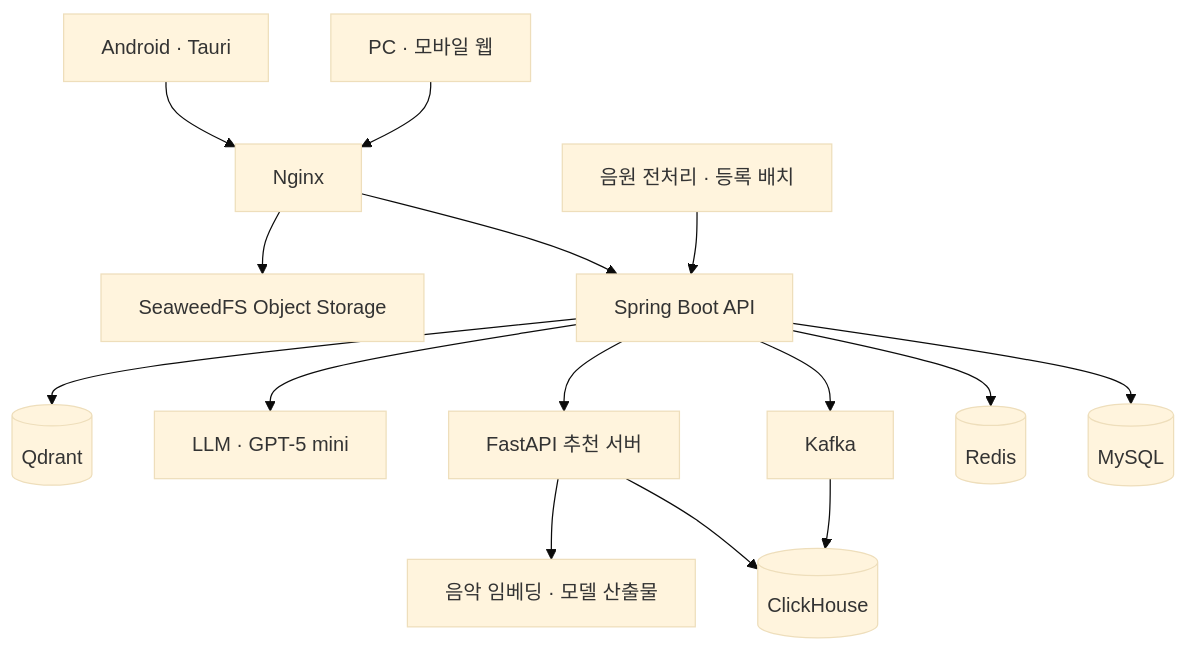
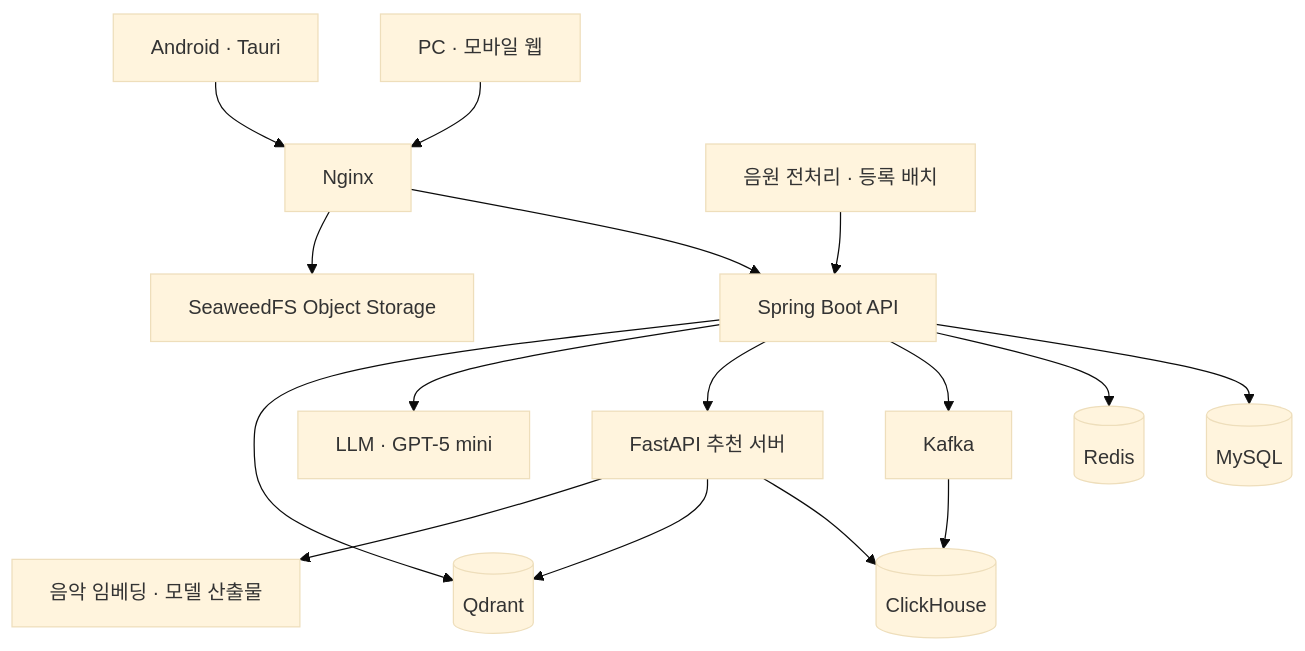
One commit to osundosun/mupid changed the second of 3 diagrams in README.md. Above: the diagram before and after it, drawn with Mermaid (base theme). The commit also changed other lines of this file and 10 other files, not shown here.

````diff
--- a/README.md
+++ b/README.md
@@ -127,17 +131,18 @@
 ```mermaid
 flowchart TB
     WEB[PC · 모바일 웹] --> EDGE[Nginx]
     APP[Android · Tauri] --> EDGE
     EDGE --> API[Spring Boot API]
     EDGE --> STORE[SeaweedFS Object Storage]
     API --> MYSQL[(MySQL)]
     API --> REDIS[(Redis)]
     API --> KAFKA[Kafka]
     KAFKA --> CH[(ClickHouse)]
     API --> AI[FastAPI 추천 서버]
     API --> LLM[LLM · GPT-5 mini]
     API --> VECTOR[(Qdrant)]
     AI --> CH
+    AI --> VECTOR
     AI --> ARTIFACT[음악 임베딩 · 모델 산출물]
     PRE[음원 전처리 · 등록 배치] --> API
 ```
````
